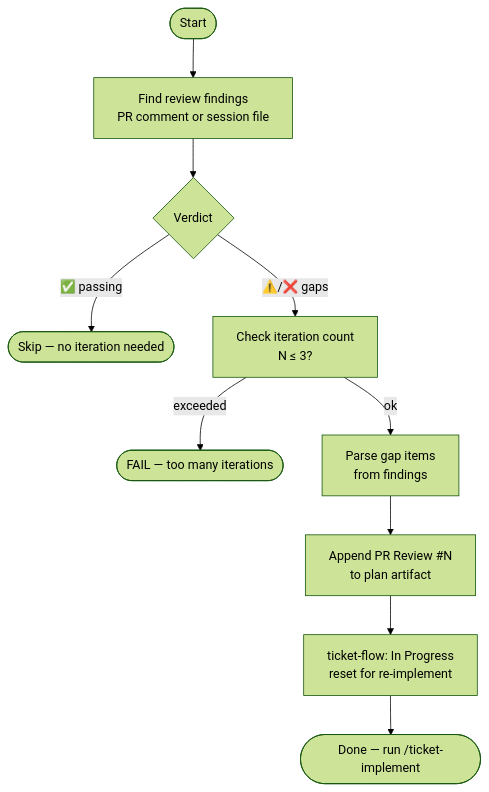
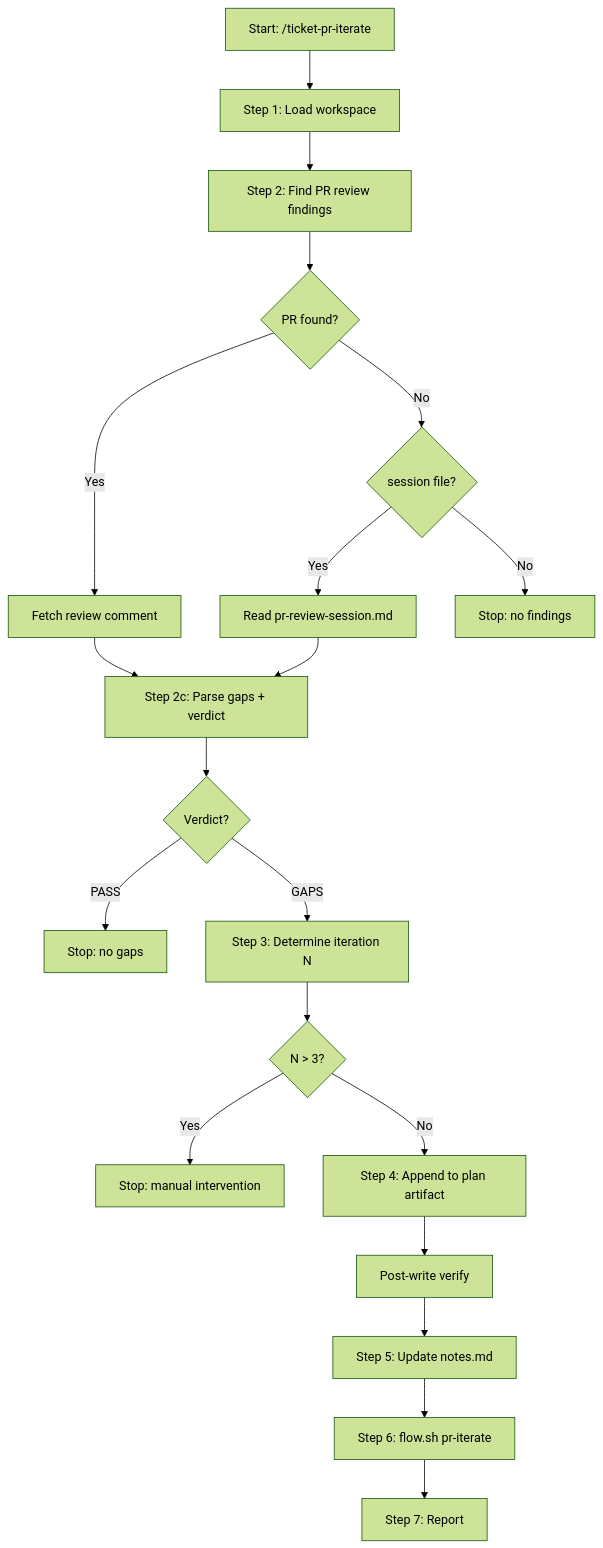
Before and after one commit to willard-pro/claude-plugins: the diagram in ticket-auto-pipeline/docs/skills/ticket-pr-iterate.md, drawn with Mermaid (forest theme). The commit also changed other lines of this file and 39 other files, not shown here.

````diff
--- a/ticket-auto-pipeline/docs/skills/ticket-pr-iterate.md
+++ b/ticket-auto-pipeline/docs/skills/ticket-pr-iterate.md
@@ -33,12 +39,22 @@
 ```mermaid
 flowchart TD
-    A([Start]) --> B[Find review findings\nPR comment or session file]
-    B --> C{Verdict}
-    C -- ✅ passing --> D([Skip — no iteration needed])
-    C -- ⚠️/❌ gaps --> E[Check iteration count\nN ≤ 3?]
-    E -- exceeded --> F([FAIL — too many iterations])
-    E -- ok --> G[Parse gap items\nfrom findings]
-    G --> H[Append PR Review #N\nto plan artifact]
-    H --> I[ticket-flow: In Progress\nreset for re-implement]
-    I --> J([Done — run /ticket-implement])
+    A[Start: /ticket-pr-iterate] --> B[Step 1: Load workspace]
+    B --> C[Step 2: Find PR review findings]
+    C --> D{PR found?}
+    D -->|Yes| E[Fetch review comment]
+    D -->|No| F{session file?}
+    F -->|Yes| G[Read pr-review-session.md]
+    F -->|No| STOP1[Stop: no findings]
+    E --> H[Step 2c: Parse gaps + verdict]
+    G --> H
+    H --> I{Verdict?}
+    I -->|PASS| STOP2[Stop: no gaps]
+    I -->|GAPS| J[Step 3: Determine iteration N]
+    J --> K{N > 3?}
+    K -->|Yes| STOP3[Stop: manual intervention]
+    K -->|No| L[Step 4: Append to plan artifact]
+    L --> M[Post-write verify]
+    M --> N[Step 5: Update notes.md]
+    N --> O[Step 6: flow.sh pr-iterate]
+    O --> P[Step 7: Report]
 ```
````
